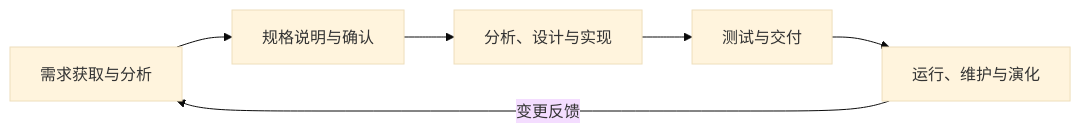
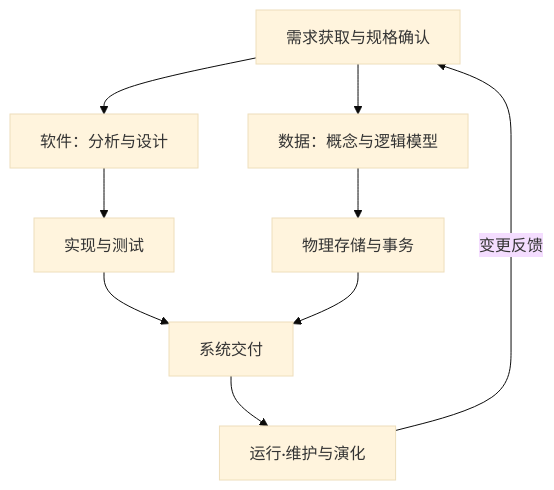
Before and after one commit to mingf423/ruankao: the fourth of 7 diagrams in docs/system-architecture-designer/01_官方大纲与考试政策/01_综合知识大纲脑图.md, drawn with Mermaid (base theme). The commit also changed other lines of this file and 3 other files, not shown here.

Commit message:
docs(脑图): 重构综合知识脑图为 7 张并补案例分析系统计划图

````diff
--- a/docs/system-architecture-designer/01_官方大纲与考试政策/01_综合知识大纲脑图.md
+++ b/docs/system-architecture-designer/01_官方大纲与考试政策/01_综合知识大纲脑图.md
@@ -48,8 +61,11 @@
 ```mermaid
-flowchart LR
-  A["需求获取与分析"] --> B["规格说明与确认"]
-  B --> C["分析、设计与实现"]
-  C --> D["测试与交付"]
-  D --> E["运行、维护与演化"]
-  E -->|"变更反馈"| A
+flowchart TB
+  R["需求获取与规格确认"] --> SW["软件：分析与设计"]
+  R --> DW["数据：概念与逻辑模型"]
+  SW --> I["实现与测试"]
+  DW --> PS["物理存储与事务"]
+  I --> DEL["系统交付"]
+  PS --> DEL
+  DEL --> OP["运行·维护与演化"]
+  OP -->|"变更反馈"| R
 ```
````
